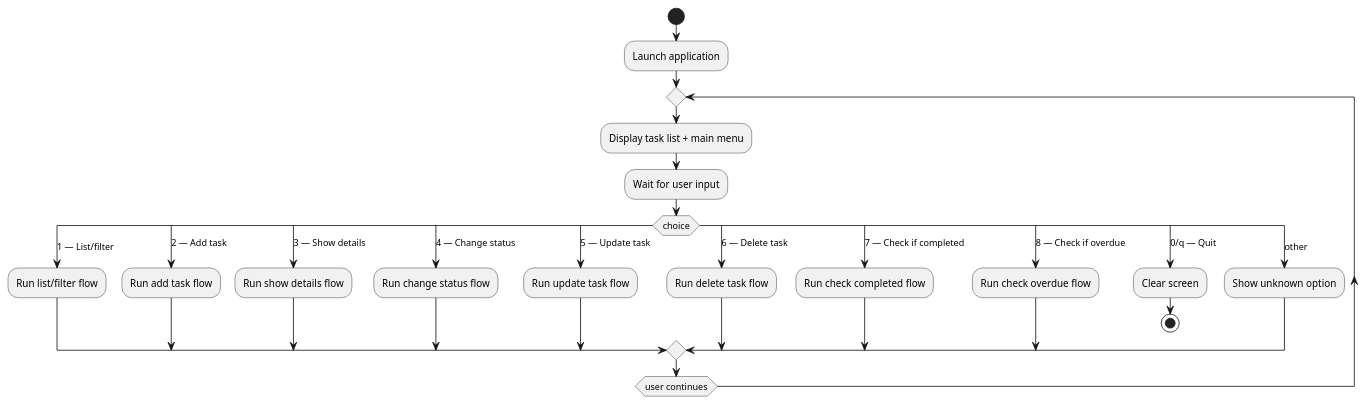
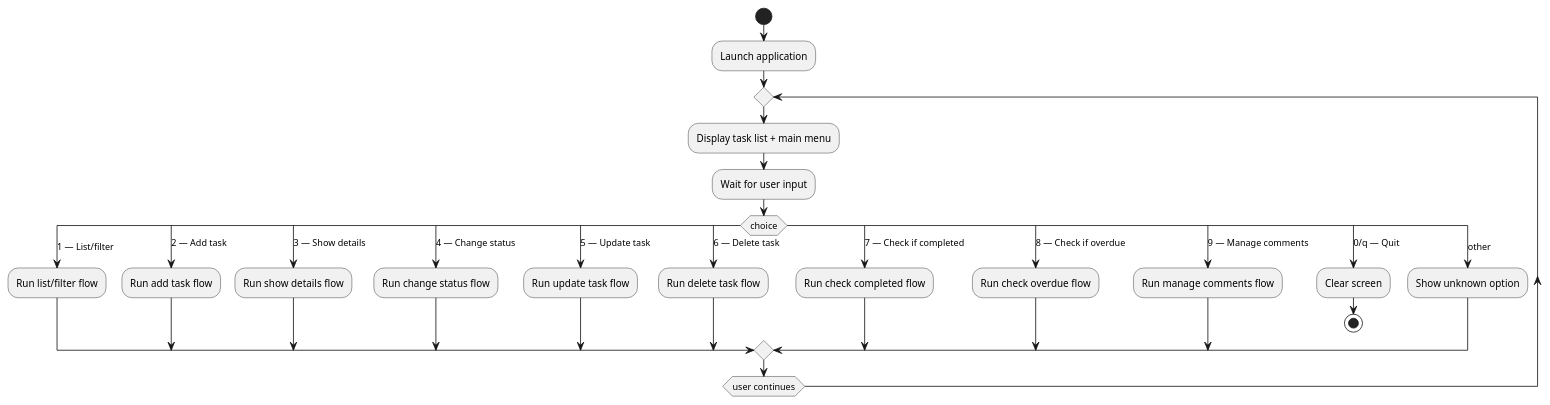
One commit to DanielRiha8906/Software_autoevolution_using_agents changed the diagram in experiments/pipeline/structured_text/TODO/artifacts/activity_diagram.puml. Above: the diagram before and after it, drawn with PlantUML. The commit also changed 16 other files, not shown here.

```diff
--- a/experiments/pipeline/structured_text/TODO/artifacts/activity_diagram.puml
+++ b/experiments/pipeline/structured_text/TODO/artifacts/activity_diagram.puml
@@ -1,36 +1,38 @@
 @startuml
 
 start
 :Launch application;
 
 repeat
   :Display task list + main menu;
   :Wait for user input;
 
   switch (choice)
     case (1 — List/filter)
       :Run list/filter flow;
     case (2 — Add task)
       :Run add task flow;
     case (3 — Show details)
       :Run show details flow;
     case (4 — Change status)
       :Run change status flow;
     case (5 — Update task)
       :Run update task flow;
     case (6 — Delete task)
       :Run delete task flow;
     case (7 — Check if completed)
       :Run check completed flow;
     case (8 — Check if overdue)
       :Run check overdue flow;
+    case (9 — Manage comments)
+      :Run manage comments flow;
     case (0/q — Quit)
       :Clear screen;
       stop
     case (other)
       :Show unknown option;
   endswitch
 
 repeat while (user continues)
 
 @enduml
```
